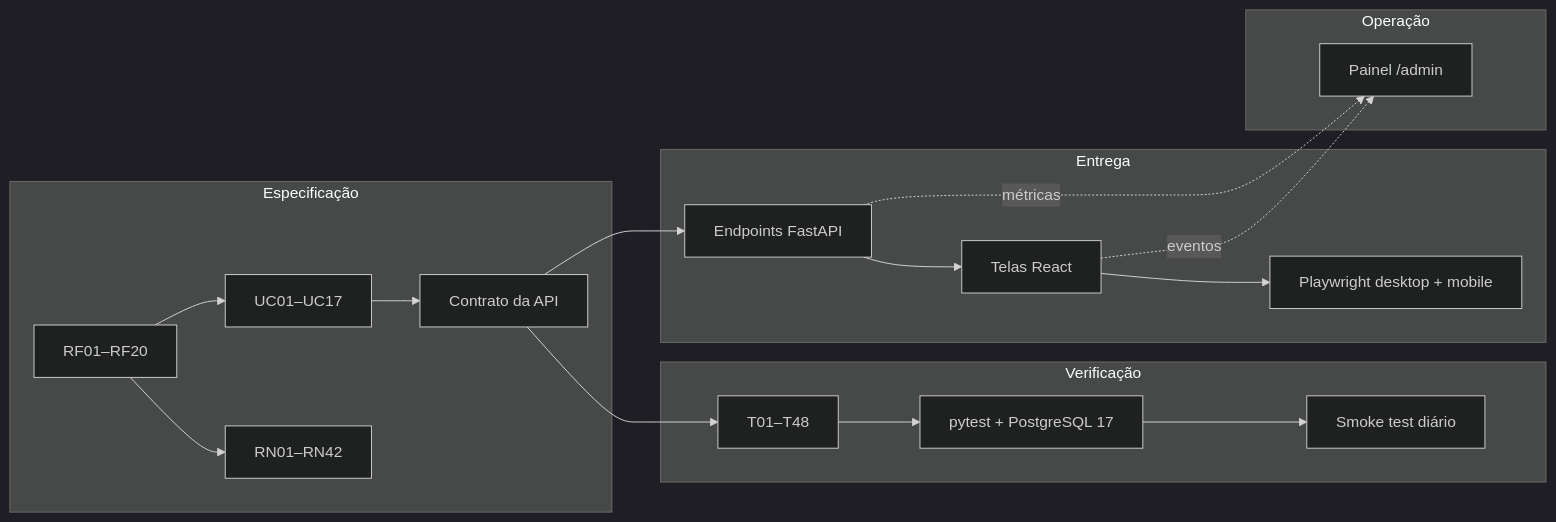
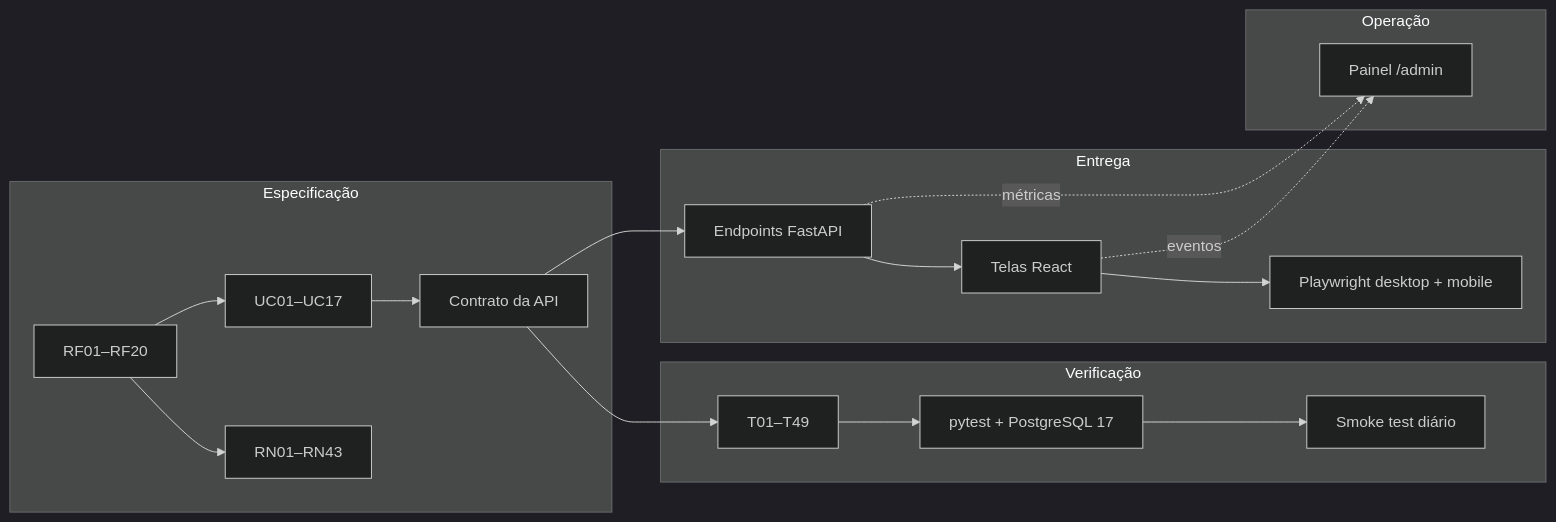
Before and after one commit to vsys-val/fastapi-merchant-app: the diagram in docs/rastreabilidade.md, drawn with Mermaid (dark theme). The commit also changed other lines of this file and 9 other files, not shown here.

````diff
--- a/docs/rastreabilidade.md
+++ b/docs/rastreabilidade.md
@@ -95,22 +96,22 @@
 ```mermaid
 flowchart LR
   subgraph Especificação
-    RF[RF01–RF20] --> RN[RN01–RN42]
+    RF[RF01–RF20] --> RN[RN01–RN43]
     RF --> UC[UC01–UC17]
     UC --> CT[Contrato da API]
   end
   subgraph Verificação
-    CT --> T[T01–T48]
+    CT --> T[T01–T49]
     T --> PY[pytest + PostgreSQL 17]
     PY --> SM[Smoke test diário]
   end
   subgraph Entrega
     CT --> EP[Endpoints FastAPI]
     EP --> UI[Telas React]
     UI --> E2E[Playwright desktop + mobile]
   end
   subgraph Operação
     UI -. eventos .-> ADM[Painel /admin]
     EP -. métricas .-> ADM
   end
 ```
````
